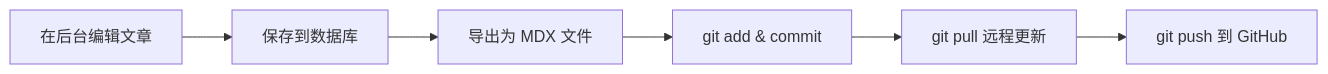
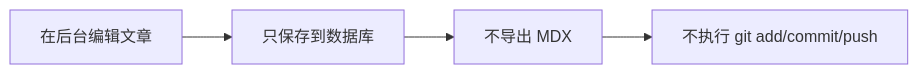
One commit to sumanin5/blog_fr changed the second of 3 diagrams in DEPLOYMENT_GUIDE.md. Above: the diagram before and after it, drawn with Mermaid. The commit also changed other lines of this file and 16 other files, not shown here.

````diff
--- a/DEPLOYMENT_GUIDE.md
+++ b/DEPLOYMENT_GUIDE.md
@@ -223,8 +197,6 @@
 ```mermaid
 graph LR
-    A[在后台编辑文章] --> B[保存到数据库]
-    B --> C[导出为 MDX 文件]
-    C --> D[git add & commit]
-    D --> E[git pull 远程更新]
-    E --> F[git push 到 GitHub]
+    A[在后台编辑文章] --> B[只保存到数据库]
+    B --> C[不导出 MDX]
+    C --> D[不执行 git add/commit/push]
 ```
````
